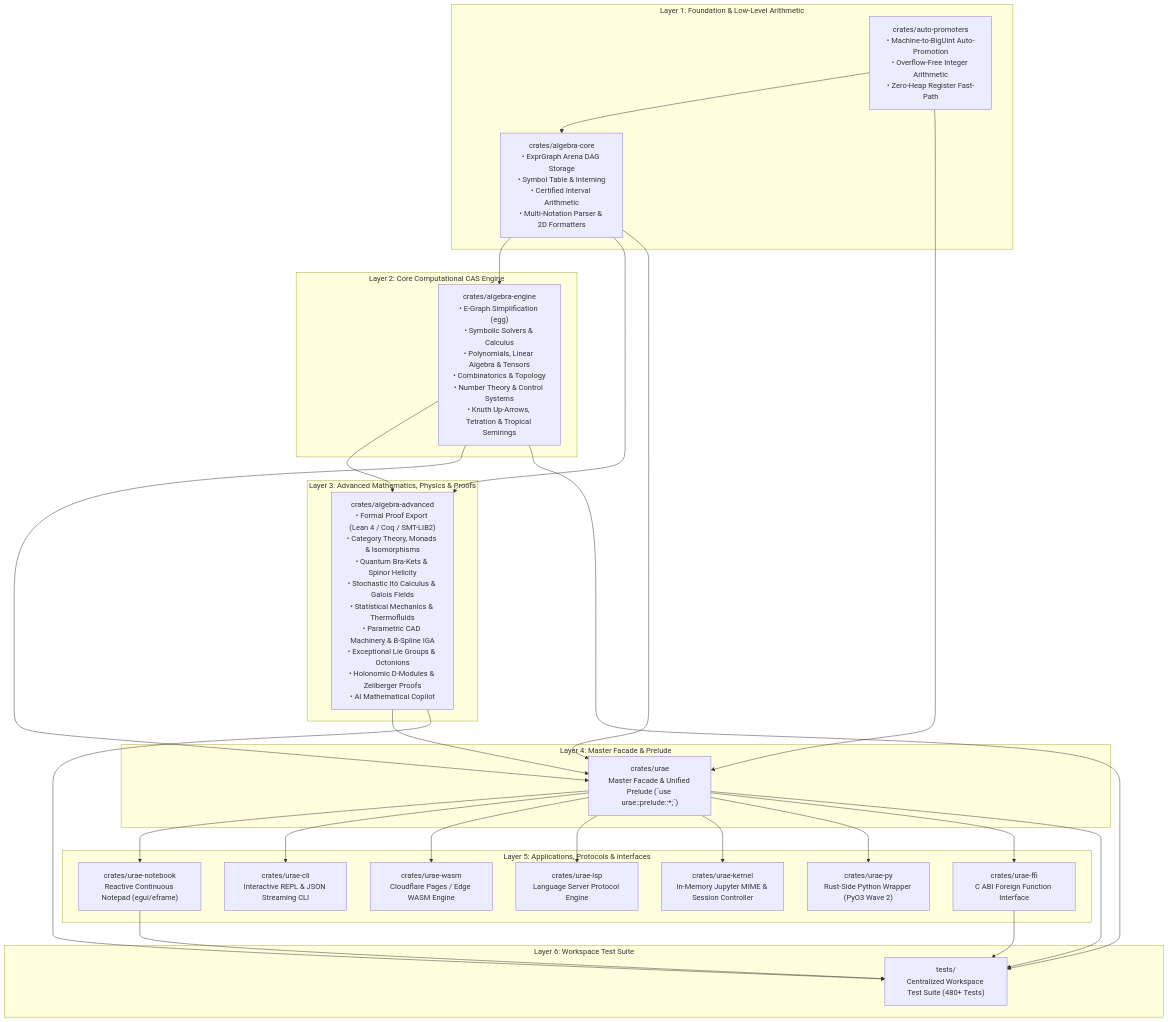
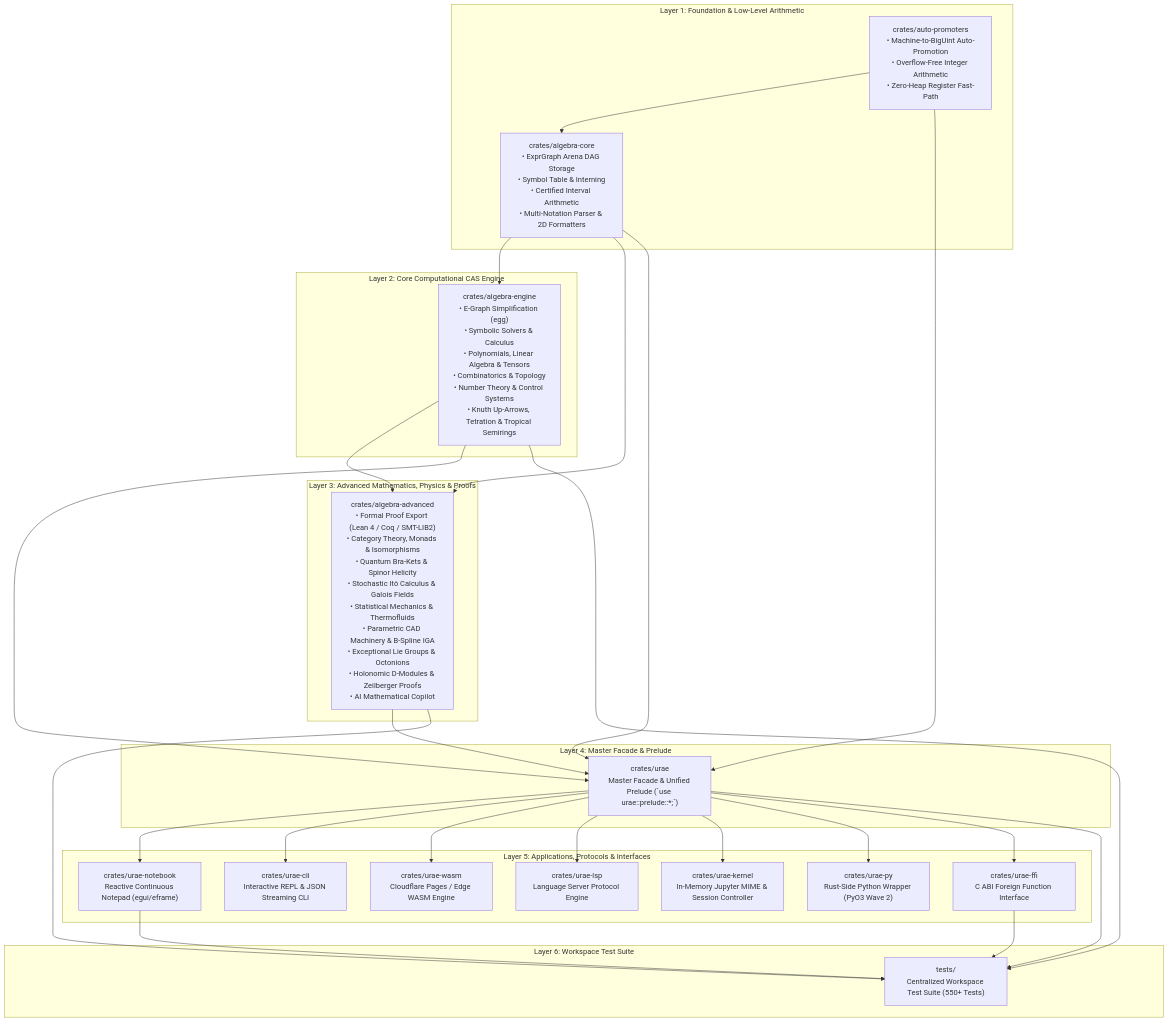
One commit to Flaming-Chicken/algebra-engine changed the diagram in README.md. Above: the diagram before and after it, drawn with Mermaid. The commit also changed other lines of this file and 1 other file, not shown here.

Commit message:
docs: relabel the three ROADMAP phases the audit found overstated; fix test counts
Phase 8 (no complete Risch algorithm), 28 (closed-form CFT formulas only)
and 30 (a matrix struct with checks, no period rings) were marked 100%.
Mark them Partial / Foundation with what the code does, and add a note
on how to read the status column. README test counts said 480+; the
workspace has 740+.

````diff
--- a/README.md
+++ b/README.md
@@ -19,54 +19,54 @@
 ```mermaid
 graph TD
     subgraph L1 ["Layer 1: Foundation & Low-Level Arithmetic"]
         Core["crates/algebra-core<br/>• ExprGraph Arena DAG Storage<br/>• Symbol Table & Interning<br/>• Certified Interval Arithmetic<br/>• Multi-Notation Parser & 2D Formatters"]
         Promoters["crates/auto-promoters<br/>• Machine-to-BigUint Auto-Promotion<br/>• Overflow-Free Integer Arithmetic<br/>• Zero-Heap Register Fast-Path"]
     end
 
     subgraph L2 ["Layer 2: Core Computational CAS Engine"]
         Engine["crates/algebra-engine<br/>• E-Graph Simplification (egg)<br/>• Symbolic Solvers & Calculus<br/>• Polynomials, Linear Algebra & Tensors<br/>• Combinatorics & Topology<br/>• Number Theory & Control Systems<br/>• Knuth Up-Arrows, Tetration & Tropical Semirings"]
     end
 
     subgraph L3 ["Layer 3: Advanced Mathematics, Physics & Proofs"]
         Advanced["crates/algebra-advanced<br/>• Formal Proof Export (Lean 4 / Coq / SMT-LIB2)<br/>• Category Theory, Monads & Isomorphisms<br/>• Quantum Bra-Kets & Spinor Helicity<br/>• Stochastic Itô Calculus & Galois Fields<br/>• Statistical Mechanics & Thermofluids<br/>• Parametric CAD Machinery & B-Spline IGA<br/>• Exceptional Lie Groups & Octonions<br/>• Holonomic D-Modules & Zeilberger Proofs<br/>• AI Mathematical Copilot"]
     end
 
     subgraph L4 ["Layer 4: Master Facade & Prelude"]
         Urae["crates/urae<br/>Master Facade & Unified Prelude (`use urae::prelude::*;`)"]
     end
 
     subgraph L5 ["Layer 5: Applications, Protocols & Interfaces"]
         Notebook["crates/urae-notebook<br/>Reactive Continuous Notepad (egui/eframe)"]
         CLI["crates/urae-cli<br/>Interactive REPL & JSON Streaming CLI"]
         WASM["crates/urae-wasm<br/>Cloudflare Pages / Edge WASM Engine"]
         LSP["crates/urae-lsp<br/>Language Server Protocol Engine"]
         Kernel["crates/urae-kernel<br/>In-Memory Jupyter MIME & Session Controller"]
         Py["crates/urae-py<br/>Rust-Side Python Wrapper (PyO3 Wave 2)"]
         FFI["crates/urae-ffi<br/>C ABI Foreign Function Interface"]
     end
 
     subgraph L6 ["Layer 6: Workspace Test Suite"]
-        Tests["tests/<br/>Centralized Workspace Test Suite (480+ Tests)"]
+        Tests["tests/<br/>Centralized Workspace Test Suite (550+ Tests)"]
     end
 
     Promoters --> Core
     Promoters --> Urae
     Core --> Engine
     Core --> Advanced
     Engine --> Advanced
     Core --> Urae
     Engine --> Urae
     Advanced --> Urae
     Urae --> Notebook
     Urae --> CLI
     Urae --> WASM
     Urae --> LSP
     Urae --> Kernel
     Urae --> Py
     Urae --> FFI
     Notebook --> Tests
     Engine --> Tests
     Advanced --> Tests
     Urae --> Tests
     FFI --> Tests
 ```
````
